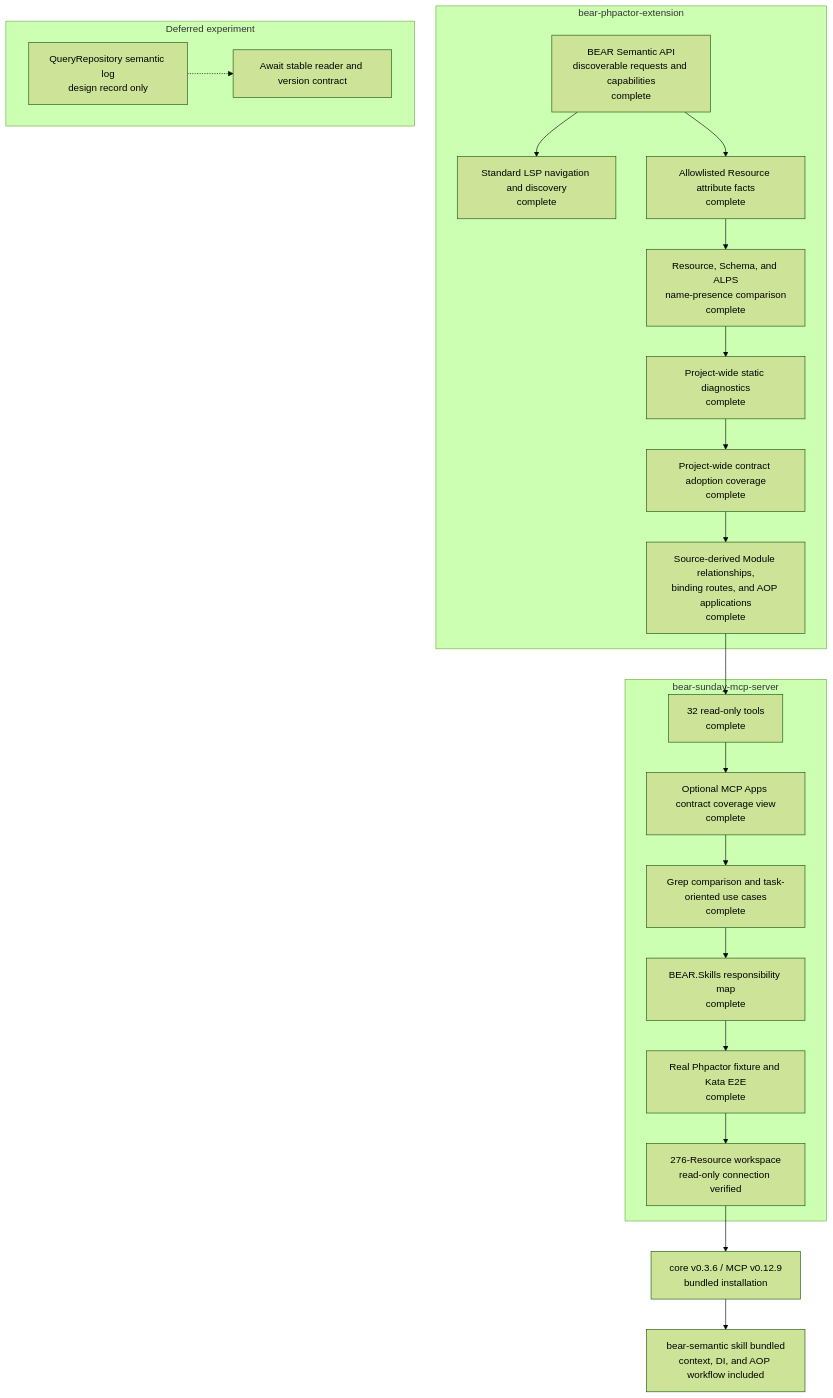
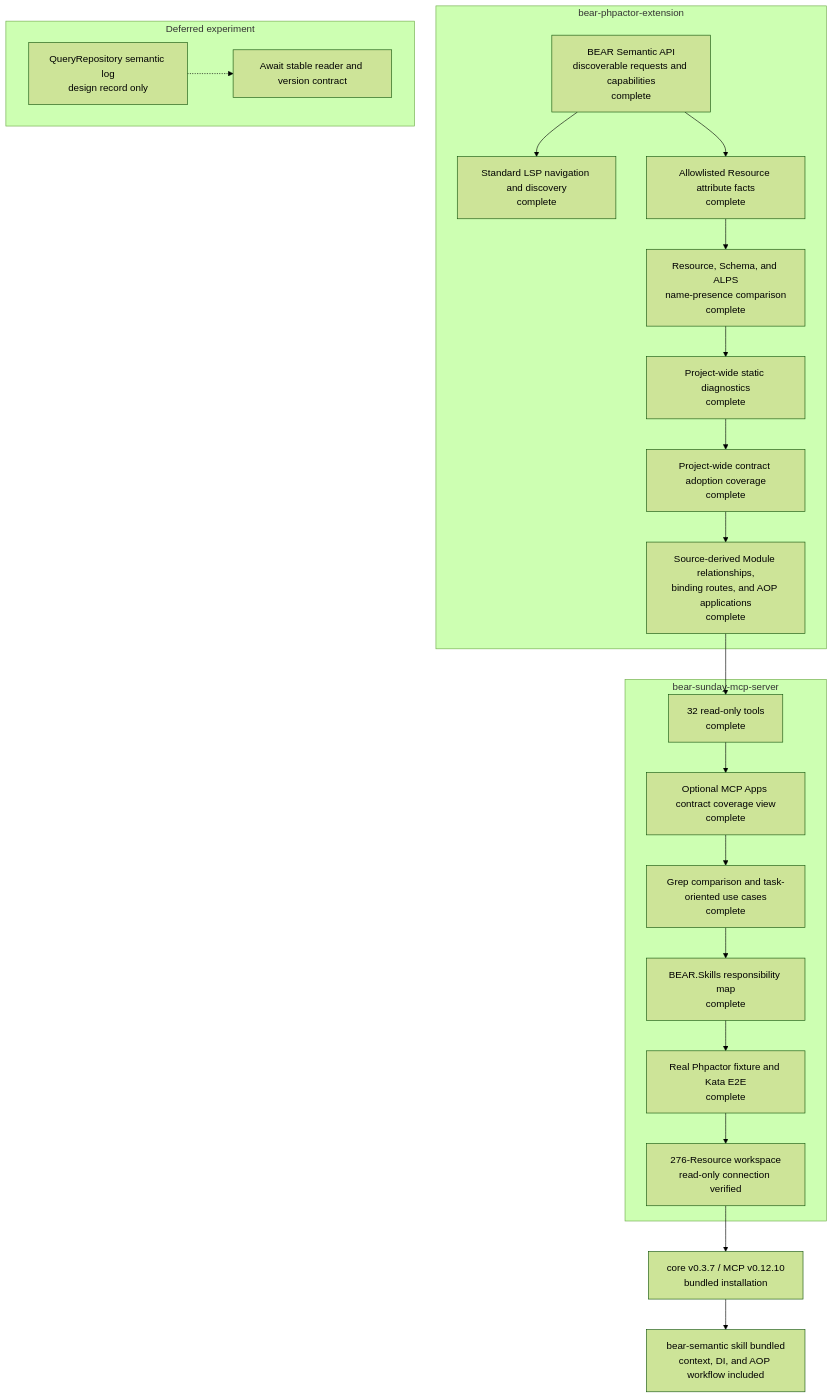
One commit to suzumaze/bear-sunday-mcp-server changed the diagram in docs/project-status.md. Above: the diagram before and after it, drawn with Mermaid (forest theme). The commit also changed other lines of this file and 13 other files, not shown here.

````diff
--- a/docs/project-status.md
+++ b/docs/project-status.md
@@ -9,35 +9,35 @@
 ```mermaid
 flowchart TB
     subgraph Core["bear-phpactor-extension"]
         C1["BEAR Semantic API<br/>discoverable requests and capabilities<br/>complete"]
         C2["Standard LSP navigation and discovery<br/>complete"]
         C3["Allowlisted Resource attribute facts<br/>complete"]
         C4["Resource, Schema, and ALPS<br/>name-presence comparison<br/>complete"]
         C5["Project-wide static diagnostics<br/>complete"]
         C6["Project-wide contract adoption coverage<br/>complete"]
         C7["Source-derived Module relationships,<br/>binding routes, and AOP applications<br/>complete"]
         C1 --> C2
         C1 --> C3 --> C4 --> C5 --> C6 --> C7
     end
 
     subgraph MCP["bear-sunday-mcp-server"]
         M1["32 read-only tools<br/>complete"]
         M0["Optional MCP Apps contract coverage view<br/>complete"]
         M2["Grep comparison and task-oriented use cases<br/>complete"]
         M3["BEAR.Skills responsibility map<br/>complete"]
         M4["Real Phpactor fixture and Kata E2E<br/>complete"]
         M5["276-Resource workspace<br/>read-only connection verified"]
         M1 --> M0 --> M2 --> M3 --> M4 --> M5
     end
 
     C7 --> M1
 
     subgraph Deferred["Deferred experiment"]
         D1["QueryRepository semantic log<br/>design record only"]
         D2["Await stable reader and version contract"]
         D1 -.-> D2
     end
 
-    M5 --> R1["core v0.3.6 / MCP v0.12.9<br/>bundled installation"]
+    M5 --> R1["core v0.3.7 / MCP v0.12.10<br/>bundled installation"]
     R1 --> S1["bear-semantic skill bundled<br/>context, DI, and AOP workflow included"]
 ```
````
